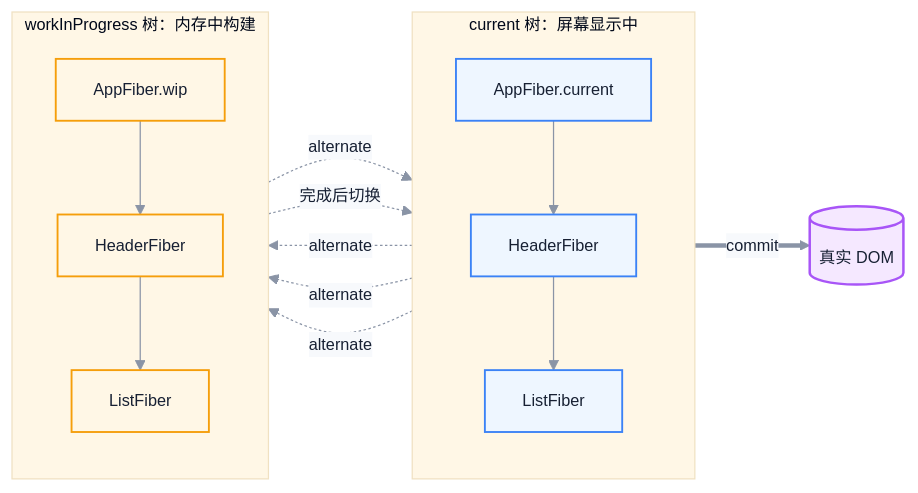
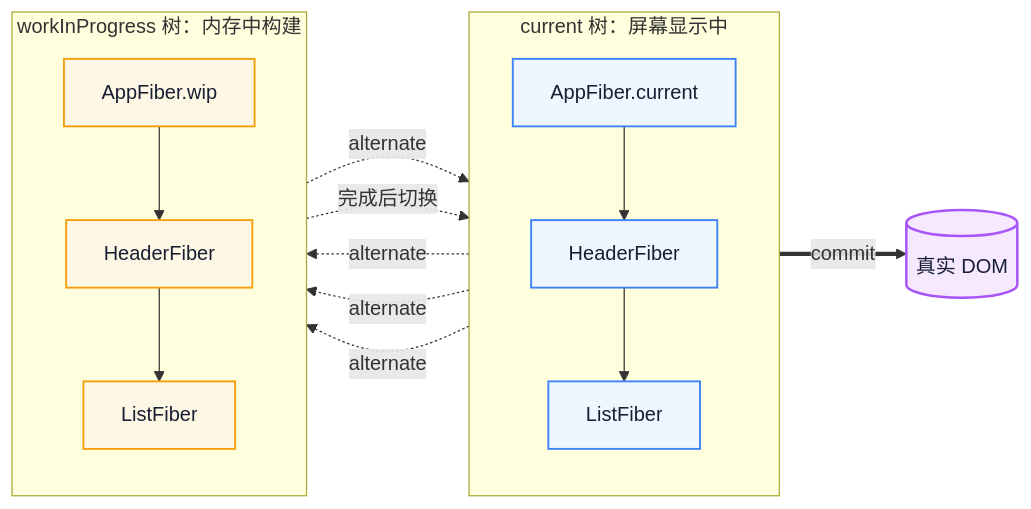
One commit to Fatejian/frontier-vault changed the third of 7 diagrams in docs/frameworks/react-fiber.md. Above: the diagram before and after it, drawn with Mermaid. The commit also changed other lines of this file and 41 other files, not shown here.

````diff
--- a/docs/frameworks/react-fiber.md
+++ b/docs/frameworks/react-fiber.md
@@ -330,35 +289,34 @@
 ```mermaid
-%%{init: {'theme': 'base', 'themeVariables': { 'fontFamily': 'Inter, PingFang SC, Microsoft YaHei, sans-serif', 'primaryColor': '#EEF6FF', 'primaryTextColor': '#172033', 'primaryBorderColor': '#6EA8FE', 'lineColor': '#8A94A6', 'secondaryColor': '#F7F9FC', 'tertiaryColor': '#FFF7E6', 'fontSize': '13px'}}}%%
 flowchart LR
     subgraph Current["current 树：屏幕显示中"]
         direction TB
-        C1[AppFiber.current]
-        C2[HeaderFiber]
-        C3[ListFiber]
+        C1["AppFiber.current"]
+        C2["HeaderFiber"]
+        C3["ListFiber"]
         C1 --> C2 --> C3
     end
 
     subgraph WIP["workInProgress 树：内存中构建"]
         direction TB
-        W1[AppFiber.wip]
-        W2[HeaderFiber]
-        W3[ListFiber]
+        W1["AppFiber.wip"]
+        W2["HeaderFiber"]
+        W3["ListFiber"]
         W1 --> W2 --> W3
     end
 
     C1 -.alternate.-> W1
     W1 -.alternate.-> C1
     C2 -.alternate.-> W2
     C3 -.alternate.-> W3
 
-    C3 ==>|commit| DOM[(真实 DOM)]
+    C3 ==>|commit| DOM[("真实 DOM")]
     W3 -.完成后切换.-> C3
 
-    classDef current fill:#EEF6FF,stroke:#3B82F6,color:#172033,stroke-width:1.5px;
-    classDef wip fill:#FFF7E6,stroke:#F59E0B,color:#172033,stroke-width:1.5px;
-    classDef dom fill:#F5E8FF,stroke:#A855F7,color:#172033,stroke-width:2px;
+    classDef wait fill:#EEF6FF,stroke:#3B82F6,color:#172033,stroke-width:1.5px;
+    classDef block fill:#FFF7E6,stroke:#F59E0B,color:#172033,stroke-width:1.5px;
+    classDef metric fill:#F5E8FF,stroke:#A855F7,color:#172033,stroke-width:2px;
 
-    class C1,C2,C3 current;
-    class W1,W2,W3 wip;
-    class DOM dom;
+    class C1,C2,C3 wait;
+    class W1,W2,W3 block;
+    class DOM metric;
 ```
````
